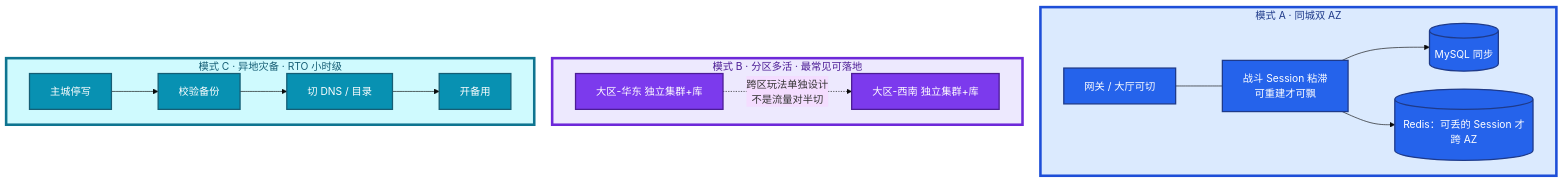
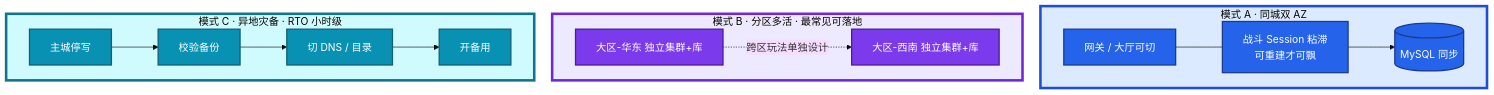
One commit to ml-cuizijun/LearnToLilith changed the eighth of 9 diagrams in 01-职业发展/03-系统设计/知识点.md. Above: the diagram before and after it, drawn with Mermaid. The commit also changed other lines of this file and 213 other files, not shown here.

````diff
--- a/01-职业发展/03-系统设计/知识点.md
+++ b/01-职业发展/03-系统设计/知识点.md
@@ -367,32 +338,31 @@
 ```mermaid
 %%{init: {"flowchart": {"padding": 16, "nodeSpacing": 28, "rankSpacing": 48}, "theme": "base"}}%%
 flowchart TB
     subgraph a ["模式 A · 同城双 AZ"]
         a1[网关 / 大厅可切]
         a2[战斗 Session 粘滞<br/>可重建才可飘]
         a1 --- a2
         a2 --> db[(MySQL 同步)]
-        a2 --> r[(Redis：可丢的 Session 才跨 AZ)]
     end
 
     subgraph b ["模式 B · 分区多活 · 最常见可落地"]
         e[大区-华东 独立集群+库]
         w[大区-西南 独立集群+库]
-        e -.->|跨区玩法单独设计<br/>不是流量对半切| w
+        e -.->|跨区玩法单独设计| w
     end
 
     subgraph c ["模式 C · 异地灾备 · RTO 小时级"]
         s1[主城停写] --> s2[校验备份] --> s3[切 DNS / 目录] --> s4[开备用]
     end
 
     classDef a fill:#2563EB,stroke:#1E3A8A,stroke-width:2px,color:#fff
     classDef b fill:#7C3AED,stroke:#4C1D95,stroke-width:2px,color:#fff
     classDef c fill:#0891B2,stroke:#155E75,stroke-width:2px,color:#fff
-    class a1,a2,db,r a
+    class a1,a2,db a
     class e,w b
     class s1,s2,s3,s4 c
 
-    style a fill:#DBEAFE,stroke:#1D4ED8,stroke-width:4px,color:#1E3A8A
-    style b fill:#EDE9FE,stroke:#6D28D9,stroke-width:4px,color:#4C1D95
-    style c fill:#CFFAFE,stroke:#0E7490,stroke-width:4px,color:#155E75
+    style a fill:#DBEAFE,stroke:#1D4ED8,stroke-width:4px
+    style b fill:#EDE9FE,stroke:#6D28D9,stroke-width:4px
+    style c fill:#CFFAFE,stroke:#0E7490,stroke-width:4px
 ```
````
